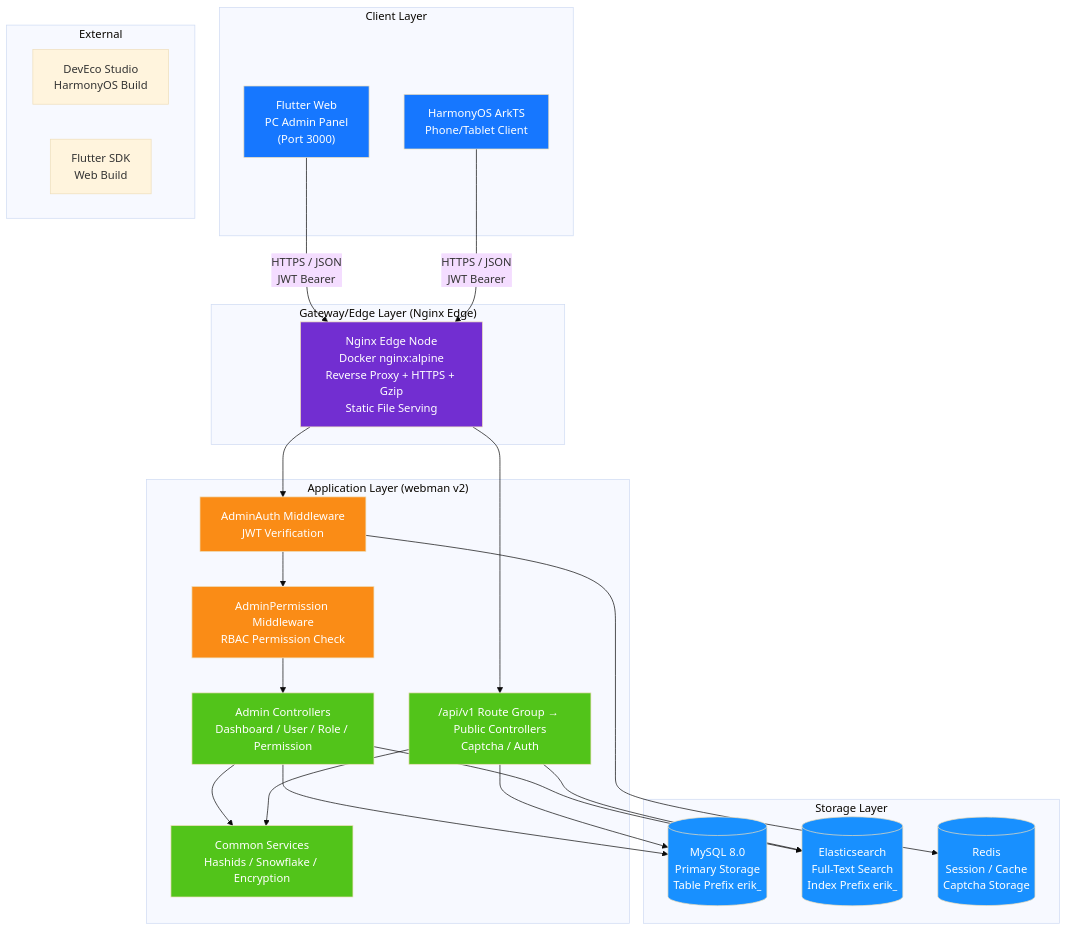
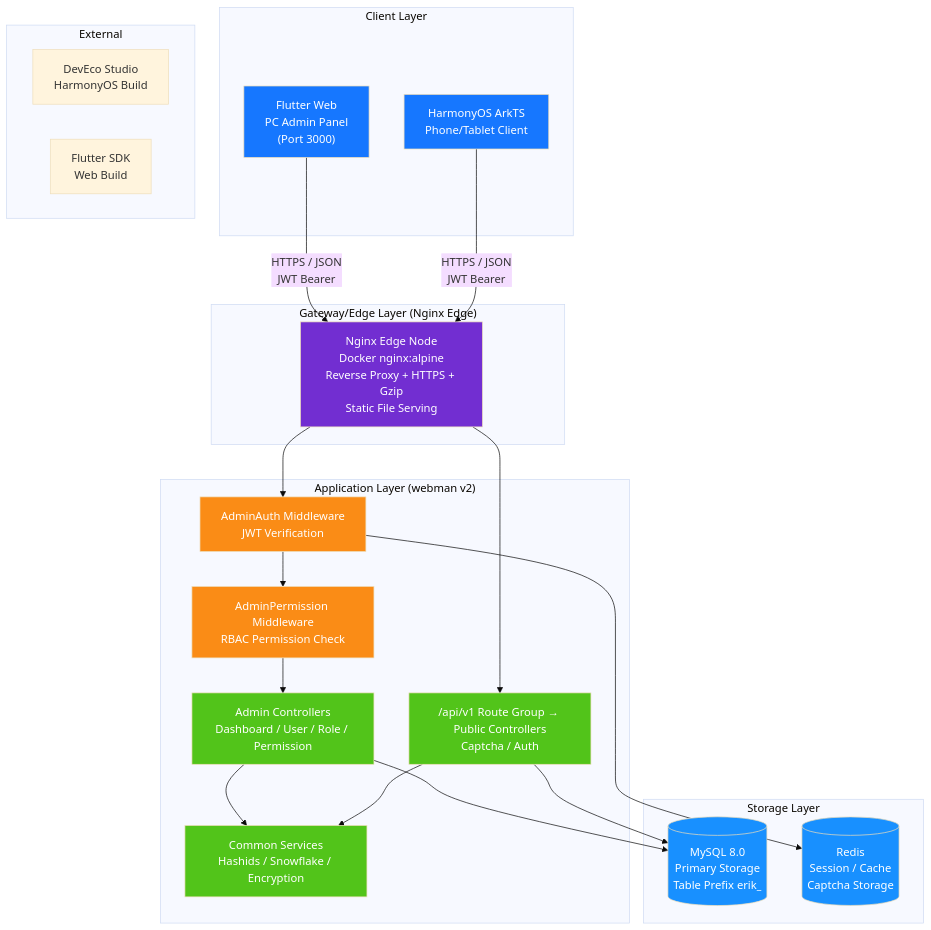
The first of 14 diagrams in docs/ARCHITECTURE.en.md (erikwang2013/open-admin), drawn with Mermaid (base theme) before and after one commit. The commit also changed other lines of this file and 465 other files, not shown here.

````diff
--- a/docs/ARCHITECTURE.en.md
+++ b/docs/ARCHITECTURE.en.md
@@ -15,56 +15,52 @@
 ```mermaid
 flowchart TB
     subgraph "Client Layer"
         A1["Flutter Web<br/>PC Admin Panel<br/>(Port 3000)"]
         A2["HarmonyOS ArkTS<br/>Phone/Tablet Client"]
     end
 
     subgraph "Gateway/Edge Layer (Nginx Edge)"
         B1["Nginx Edge Node<br/>Docker nginx:alpine<br/>Reverse Proxy + HTTPS + Gzip<br/>Static File Serving"]
     end
 
     subgraph "Application Layer (webman v2)"
         C1["AdminAuth Middleware<br/>JWT Verification"]
         C2["AdminPermission Middleware<br/>RBAC Permission Check"]
         C3["Admin Controllers<br/>Dashboard / User / Role / Permission"]
         C4["/api/v1 Route Group → Public Controllers<br/>Captcha / Auth"]
         C5["Common Services<br/>Hashids / Snowflake / Encryption"]
     end
 
     subgraph "Storage Layer"
         D1[("MySQL 8.0<br/>Primary Storage<br/>Table Prefix erik_")]
-        D2[("Elasticsearch<br/>Full-Text Search<br/>Index Prefix erik_")]
         D3[("Redis<br/>Session / Cache<br/>Captcha Storage")]
     end
 
     subgraph "External"
         E1["DevEco Studio<br/>HarmonyOS Build"]
         E2["Flutter SDK<br/>Web Build"]
     end
 
     A1 -->|"HTTPS / JSON<br/>JWT Bearer"| B1
     A2 -->|"HTTPS / JSON<br/>JWT Bearer"| B1
     B1 --> C1
     B1 --> C4
     C1 --> C2
     C2 --> C3
     C3 --> C5
     C4 --> C5
     C3 --> D1
     C4 --> D1
-    C3 --> D2
-    C4 --> D2
     C1 --> D3
 
     style A1 fill:#1677FF,color:#fff
     style A2 fill:#1677FF,color:#fff
     style B1 fill:#722ED1,color:#fff
     style C1 fill:#FA8C16,color:#fff
     style C2 fill:#FA8C16,color:#fff
     style C3 fill:#52C41A,color:#fff
     style C4 fill:#52C41A,color:#fff
     style C5 fill:#52C41A,color:#fff
     style D1 fill:#1890FF,color:#fff
-    style D2 fill:#1890FF,color:#fff
     style D3 fill:#1890FF,color:#fff
 ```
````
